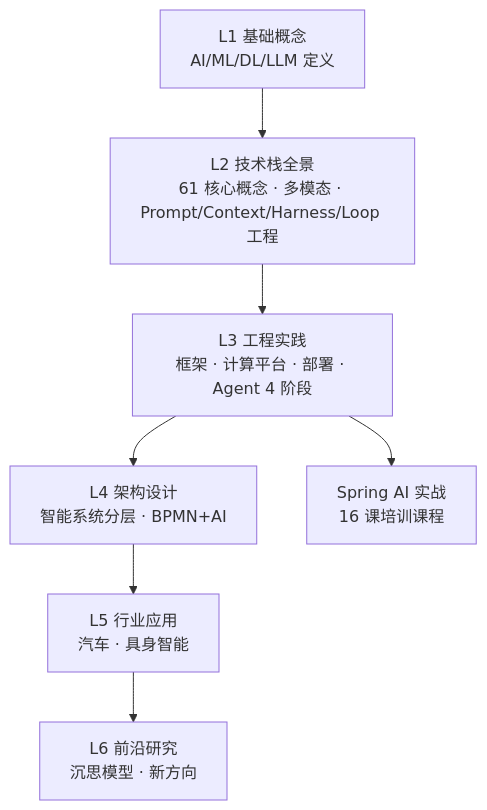
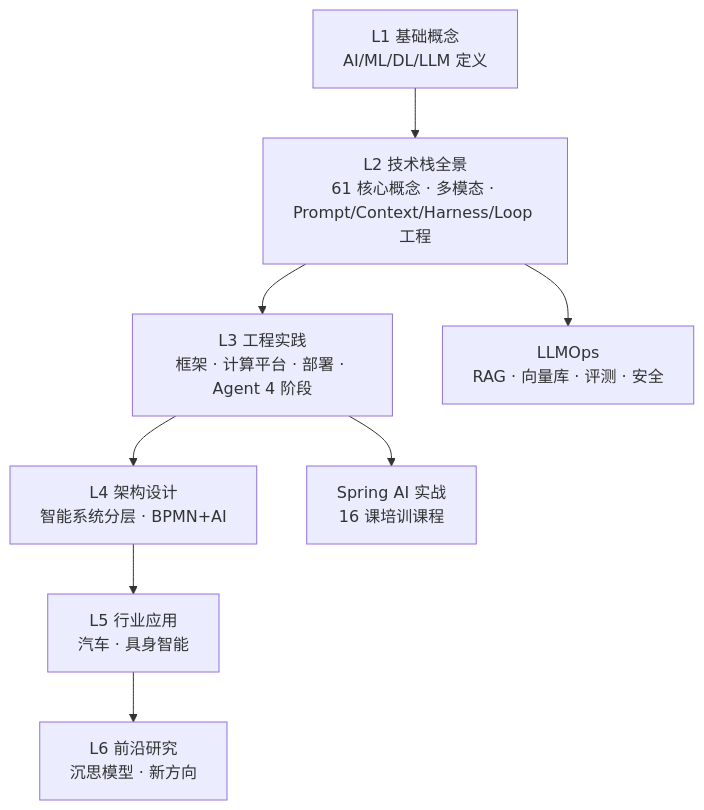
The diagram in note/11.ai/README.md (wb04307201/wb04307201), drawn with Mermaid before and after one commit. The commit also changed other lines of this file and 86 other files, not shown here.

````diff
--- a/note/11.ai/README.md
+++ b/note/11.ai/README.md
@@ -33,9 +34,10 @@
 ```mermaid
 graph TD
     L1["L1 基础概念<br/>AI/ML/DL/LLM 定义"] --> L2["L2 技术栈全景<br/>61 核心概念 · 多模态 · Prompt/Context/Harness/Loop 工程"]
     L2 --> L3["L3 工程实践<br/>框架 · 计算平台 · 部署 · Agent 4 阶段"]
     L3 --> L4["L4 架构设计<br/>智能系统分层 · BPMN+AI"]
     L4 --> L5["L5 行业应用<br/>汽车 · 具身智能"]
     L5 --> L6["L6 前沿研究<br/>沉思模型 · 新方向"]
+    L2 --> L7["LLMOps<br/>RAG · 向量库 · 评测 · 安全"]
     L3 --> Training["Spring AI 实战<br/>16 课培训课程"]
 ```
````
